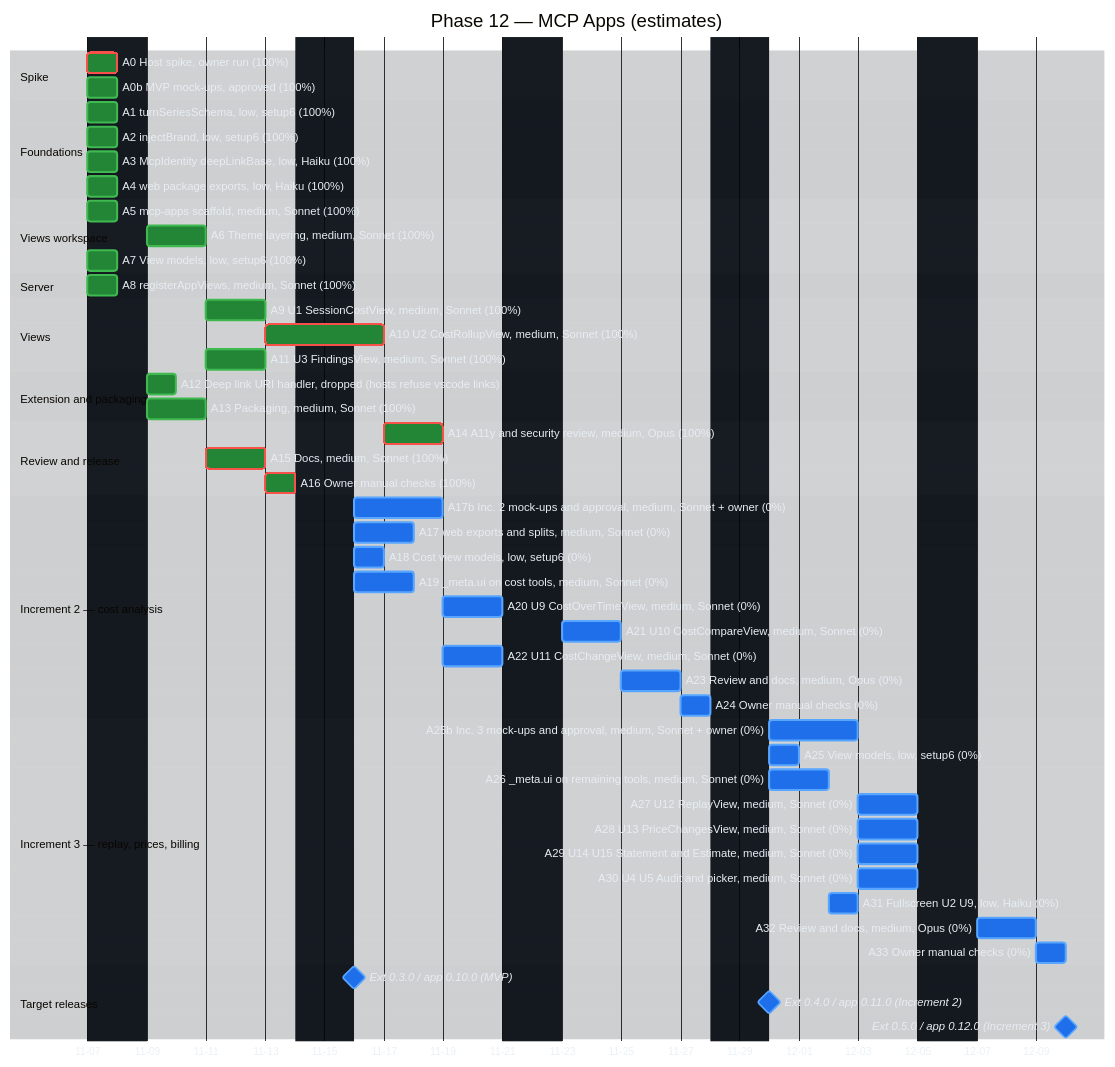
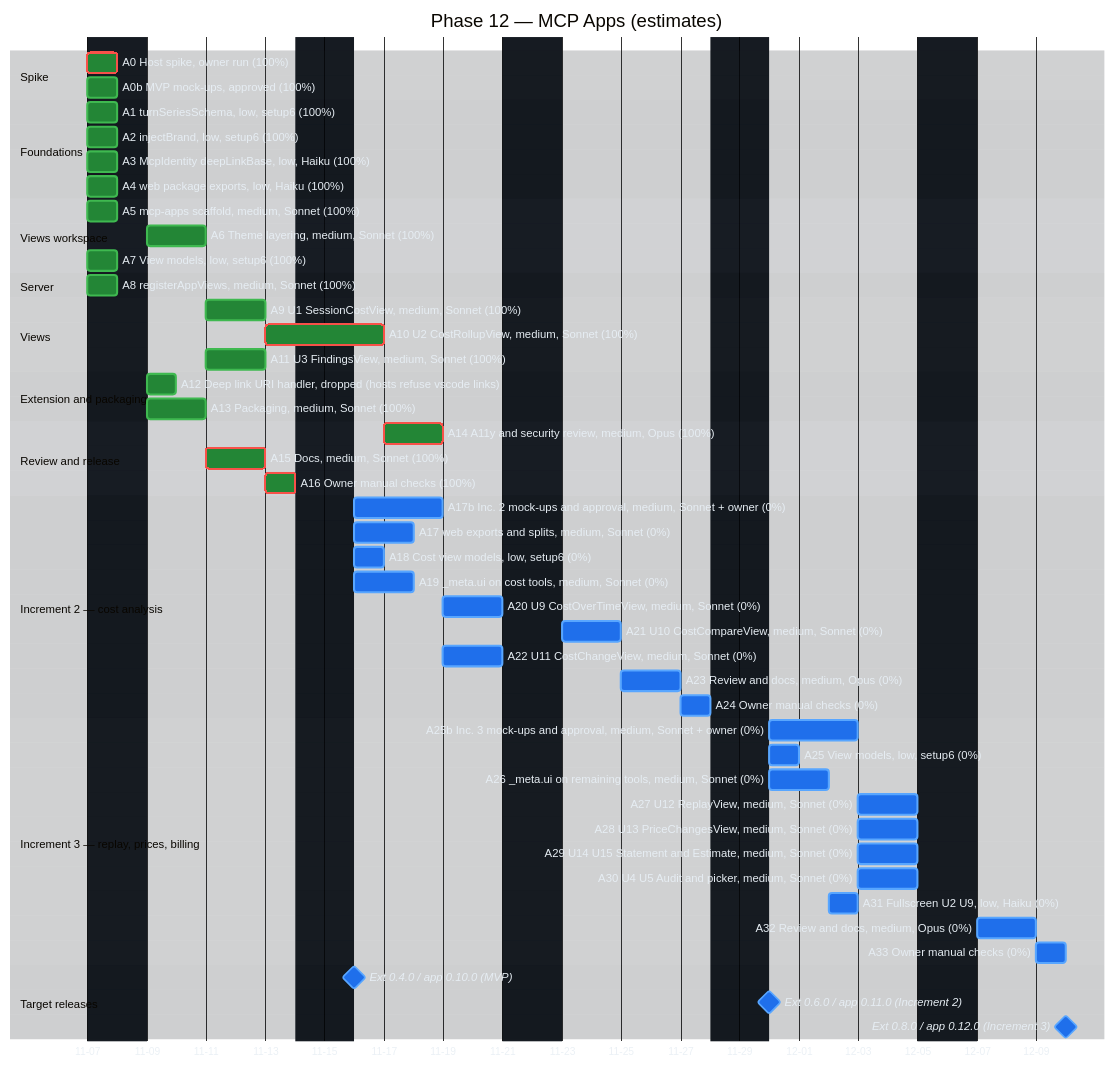
One commit to raulkivi/agent-cost-analyzer changed the second of 2 diagrams in docs/implementation-plan-gantt.md. Above: the diagram before and after it, drawn with Mermaid. The commit also changed other lines of this file and 5 other files, not shown here.

````diff
--- a/docs/implementation-plan-gantt.md
+++ b/docs/implementation-plan-gantt.md
@@ -211,7 +211,7 @@
     A33 Owner manual checks (0%)                 :a33, after a32, 1d
 
     section Target releases
-    Ext 0.3.0 / app 0.10.0 (MVP) :milestone, m12a, after a16, 0d
-    Ext 0.4.0 / app 0.11.0 (Increment 2) :milestone, m12b, after a24, 0d
-    Ext 0.5.0 / app 0.12.0 (Increment 3) :milestone, m12c, after a33, 0d
+    Ext 0.4.0 / app 0.10.0 (MVP) :milestone, m12a, after a16, 0d
+    Ext 0.6.0 / app 0.11.0 (Increment 2) :milestone, m12b, after a24, 0d
+    Ext 0.8.0 / app 0.12.0 (Increment 3) :milestone, m12c, after a33, 0d
 ```
````
